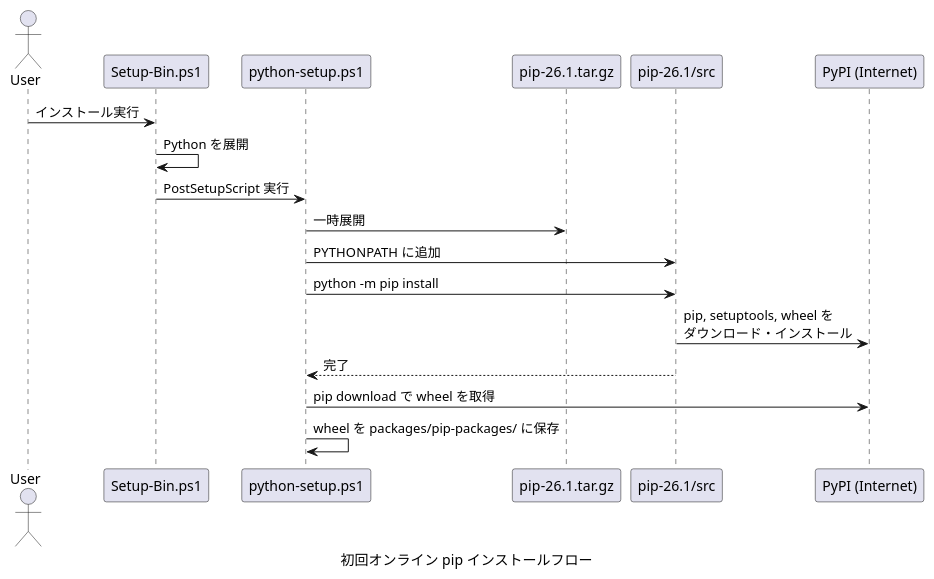
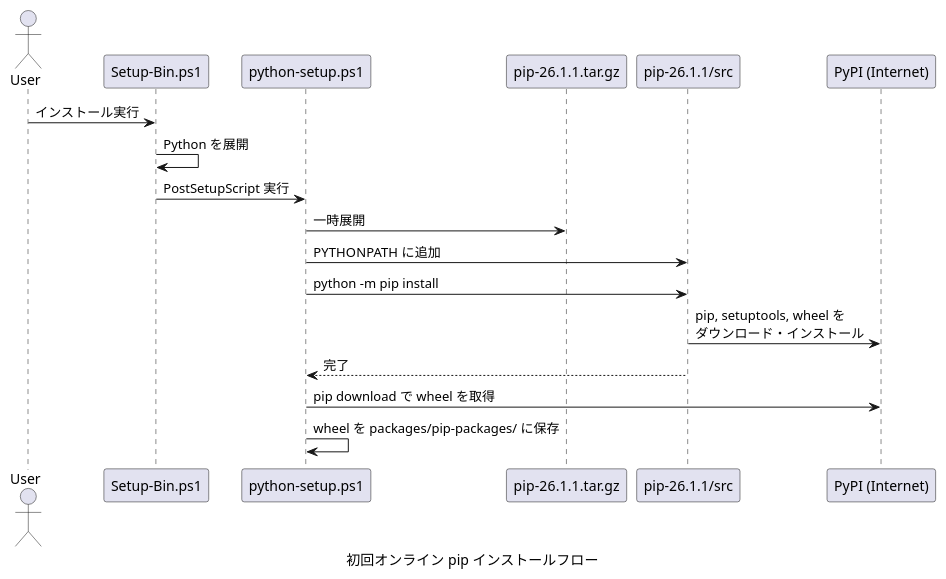
Before and after one commit to Hondarer/devbin-win: the fourth of 4 diagrams in docs-src/offline-pip-design.md, drawn with PlantUML. The commit also changed other lines of this file and 3 other files, not shown here.

````diff
--- a/docs-src/offline-pip-design.md
+++ b/docs-src/offline-pip-design.md
@@ -143,22 +143,22 @@
 ```plantuml
 @startuml 初回オンライン pip インストールフロー
 caption 初回オンライン pip インストールフロー
 actor User
 participant "Setup-Bin.ps1" as Setup
 participant "python-setup.ps1" as PySetup
-participant "pip-26.1.tar.gz" as PipSrc
-participant "pip-26.1/src" as PipModule
+participant "pip-26.1.1.tar.gz" as PipSrc
+participant "pip-26.1.1/src" as PipModule
 participant "PyPI (Internet)" as PyPI
 
 User -> Setup: インストール実行
 Setup -> Setup: Python を展開
 Setup -> PySetup: PostSetupScript 実行
 PySetup -> PipSrc: 一時展開
 PySetup -> PipModule: PYTHONPATH に追加
 PySetup -> PipModule: python -m pip install
 PipModule -> PyPI: pip, setuptools, wheel を\nダウンロード・インストール
 PipModule --> PySetup: 完了
 PySetup -> PyPI: pip download で wheel を取得
 PySetup -> PySetup: wheel を packages/pip-packages/ に保存
 @enduml
 ```
````
